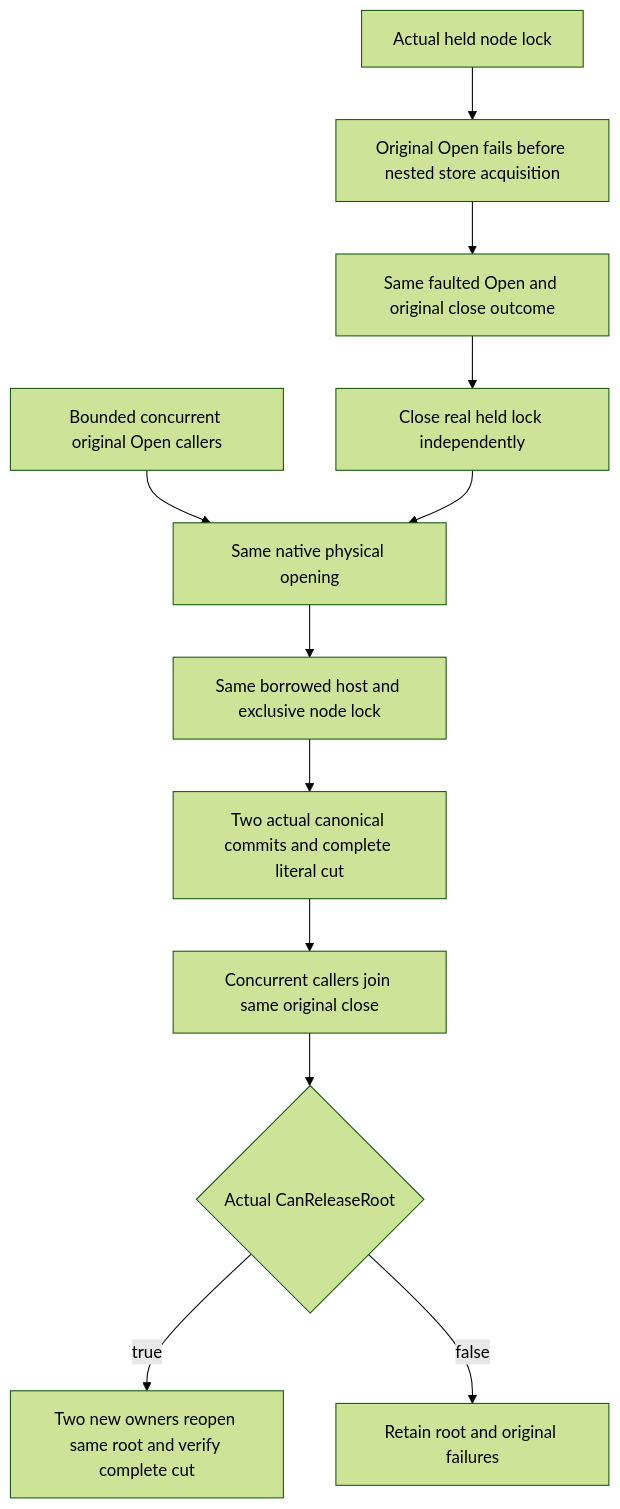
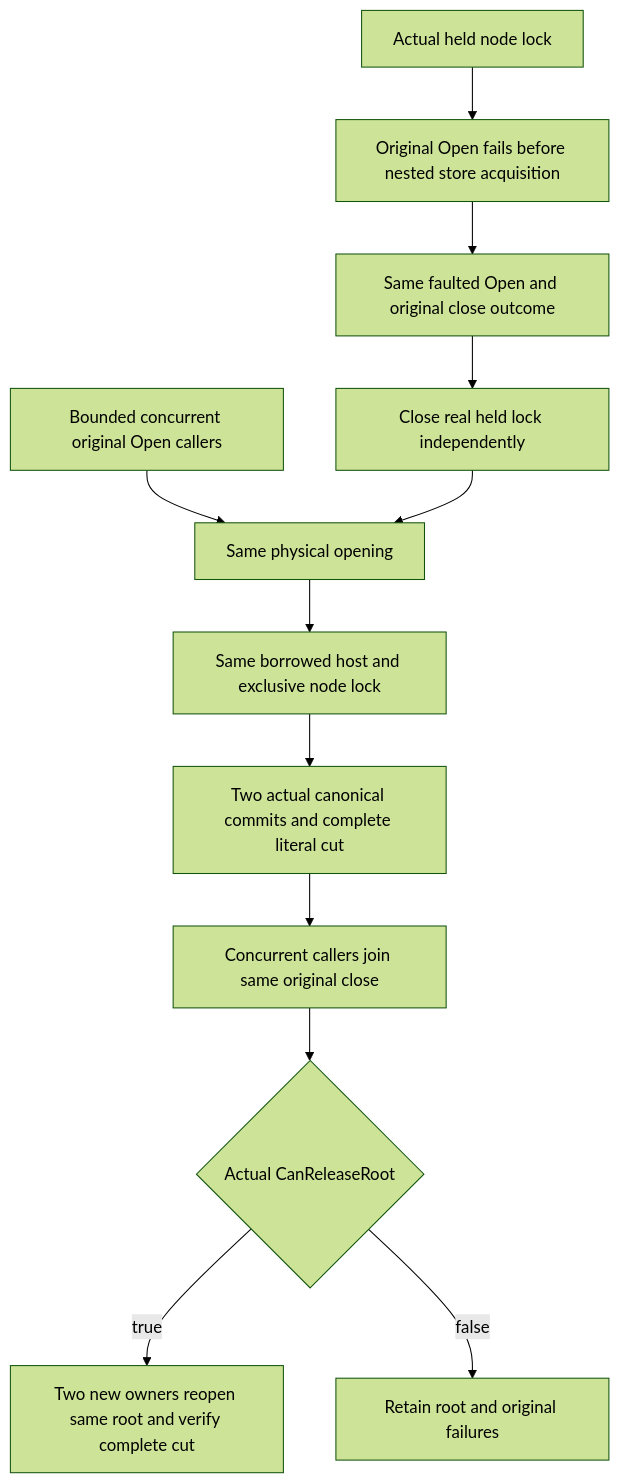
Before and after one commit to managedcode/KeyLoad: the diagram in docs/Features/StorageRecovery/PartitionHostApplicationLifetime.md, drawn with Mermaid (forest theme). The commit also changed other lines of this file and 9016 other files, not shown here.

````diff
--- a/docs/Features/StorageRecovery/PartitionHostApplicationLifetime.md
+++ b/docs/Features/StorageRecovery/PartitionHostApplicationLifetime.md
@@ -15,14 +15,14 @@
 ```mermaid
 flowchart TD
-    Calls[Bounded concurrent original Open callers] --> Open[Same native physical opening]
+    Calls[Bounded concurrent original Open callers] --> Open[Same physical opening]
     Open --> Borrow[Same borrowed host and exclusive node lock]
     Borrow --> Commit[Two actual canonical commits and complete literal cut]
     Commit --> Close[Concurrent callers join same original close]
     Close --> Released{Actual CanReleaseRoot}
     Released -->|true| Cold[Two new owners reopen same root and verify complete cut]
     Released -->|false| Retain[Retain root and original failures]
     Held[Actual held node lock] --> Refused[Original Open fails before nested store acquisition]
     Refused --> Memoized[Same faulted Open and original close outcome]
     Memoized --> ReleasedLock[Close real held lock independently]
     ReleasedLock --> Open
 ```
````
